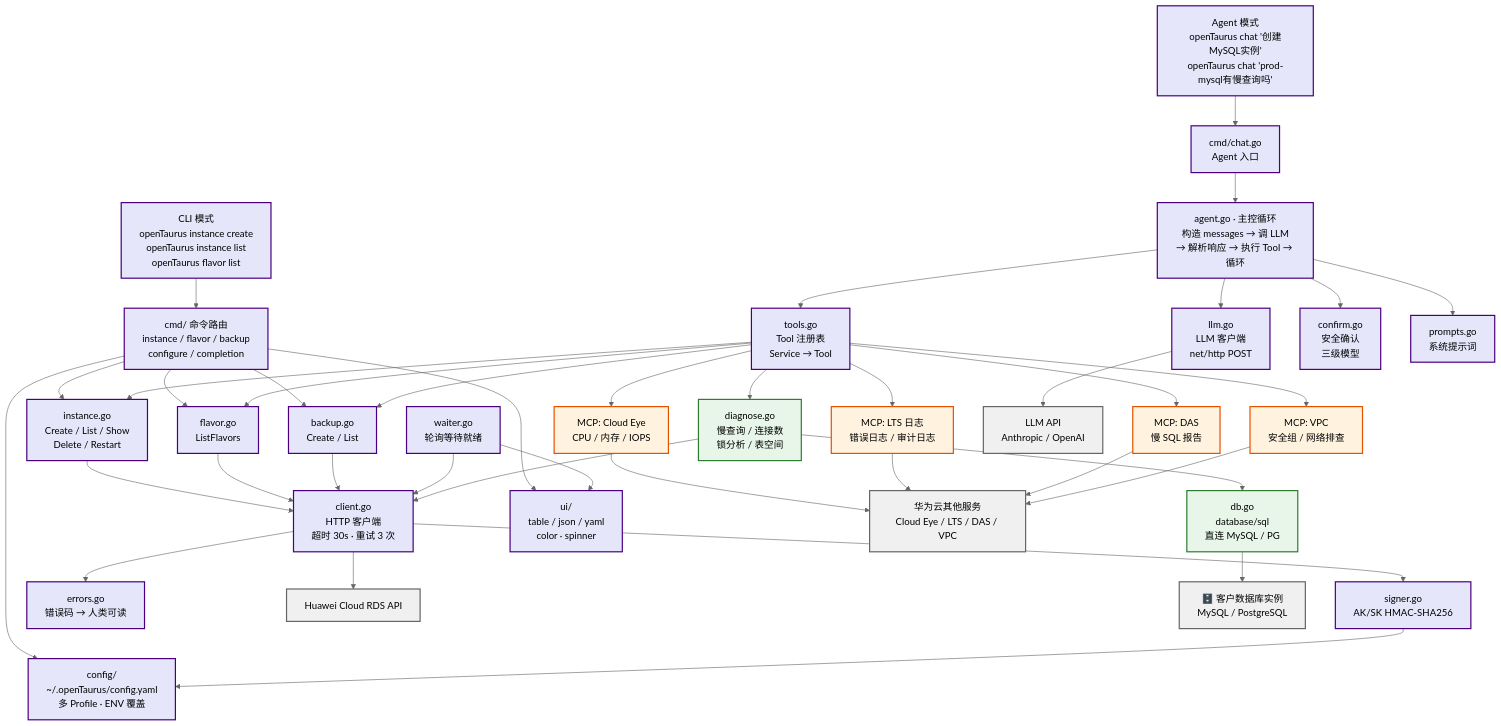
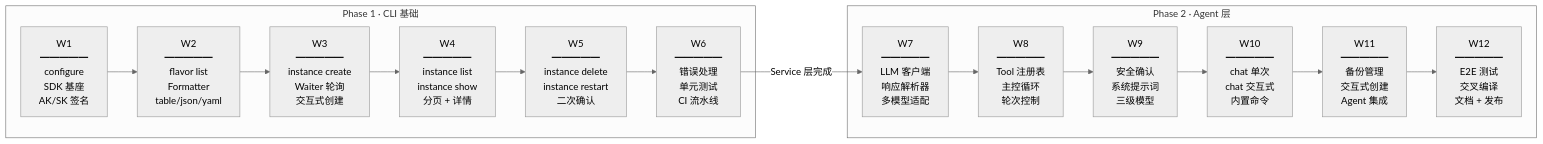
One commit to youweichen0208/blog changed the fifth of 7 diagrams in docs/projects/opentaurus/requirements.md. Above: the diagram before and after it, drawn with Mermaid (neutral theme). The commit also changed other lines of this file and 1 other file, not shown here.

Commit message:
update for openTaurus structure design

````diff
--- a/docs/projects/opentaurus/requirements.md
+++ b/docs/projects/opentaurus/requirements.md
@@ -376,115 +334,24 @@
 ```mermaid
-graph TD
-    %% ====== 用户入口 ======
-    CLI["CLI 模式<br/>openTaurus instance create<br/>openTaurus instance list<br/>openTaurus flavor list"]
-    CHAT["Agent 模式<br/>openTaurus chat '创建MySQL实例'<br/>openTaurus chat 'prod-mysql有慢查询吗'"]
+flowchart LR
+    subgraph P1["Phase 1 · CLI 基础"]
+        W1["W1<br/>━━━━━<br/>configure<br/>SDK 基座<br/>AK/SK 签名"]
+        W2["W2<br/>━━━━━<br/>flavor list<br/>Formatter<br/>table/json/yaml"]
+        W3["W3<br/>━━━━━<br/>instance create<br/>Waiter 轮询<br/>交互式创建"]
+        W4["W4<br/>━━━━━<br/>instance list<br/>instance show<br/>分页 + 详情"]
+        W5["W5<br/>━━━━━<br/>instance delete<br/>instance restart<br/>二次确认"]
+        W6["W6<br/>━━━━━<br/>错误处理<br/>单元测试<br/>CI 流水线"]
+    end
 
-    %% ====== 命令路由 ======
-    CMD_CLI["cmd/ 命令路由<br/>instance / flavor / backup<br/>configure / completion"]
-    CMD_CHAT["cmd/chat.go<br/>Agent 入口"]
+    subgraph P2["Phase 2 · Agent 层"]
+        W7["W7<br/>━━━━━<br/>LLM 客户端<br/>响应解析器<br/>多模型适配"]
+        W8["W8<br/>━━━━━<br/>Tool 注册表<br/>主控循环<br/>轮次控制"]
+        W9["W9<br/>━━━━━<br/>安全确认<br/>系统提示词<br/>三级模型"]
+        W10["W10<br/>━━━━━<br/>chat 单次<br/>chat 交互式<br/>内置命令"]
+        W11["W11<br/>━━━━━<br/>备份管理<br/>交互式创建<br/>Agent 集成"]
+        W12["W12<br/>━━━━━<br/>E2E 测试<br/>交叉编译<br/>文档 + 发布"]
+    end
 
-    %% ====== Agent 层 ======
-    AGENT_CORE["agent.go · 主控循环<br/>构造 messages → 调 LLM<br/>→ 解析响应 → 执行 Tool → 循环"]
-    A_LLM["llm.go<br/>LLM 客户端<br/>net/http POST"]
-    A_TOOLS["tools.go<br/>Tool 注册表<br/>Service → Tool"]
-    A_SAFE["confirm.go<br/>安全确认<br/>三级模型"]
-    A_PROMPT["prompts.go<br/>系统提示词"]
-
-    %% ====== Service 层 ======
-    SVC_INST["instance.go<br/>Create / List / Show<br/>Delete / Restart"]
-    SVC_FLAVOR["flavor.go<br/>ListFlavors"]
-    SVC_BACKUP["backup.go<br/>Create / List"]
-    SVC_WAITER["waiter.go<br/>轮询等待就绪"]
-    SVC_DIAG["diagnose.go<br/>慢查询 / 连接数<br/>锁分析 / 表空间"]
-
-    %% ====== SDK 层 ======
-    SDK_CLIENT["client.go<br/>HTTP 客户端<br/>超时 30s · 重试 3 次"]
-    SDK_SIGN["signer.go<br/>AK/SK HMAC-SHA256"]
-    SDK_ERR["errors.go<br/>错误码 → 人类可读"]
-    SDK_DB["db.go<br/>database/sql<br/>直连 MySQL / PG"]
-
-    %% ====== MCP 层 ======
-    MCP_MONITOR["MCP: Cloud Eye<br/>CPU / 内存 / IOPS"]
-    MCP_LOG["MCP: LTS 日志<br/>错误日志 / 审计日志"]
-    MCP_DAS["MCP: DAS<br/>慢 SQL 报告"]
-    MCP_VPC["MCP: VPC<br/>安全组 / 网络排查"]
-
-    %% ====== 横向支撑 ======
-    CFG["config/<br/>~/.openTaurus/config.yaml<br/>多 Profile · ENV 覆盖"]
-    UI["ui/<br/>table / json / yaml<br/>color · spinner"]
-
-    %% ====== 外部系统 ======
-    LLM["LLM API<br/>Anthropic / OpenAI"]
-    CLOUD["Huawei Cloud RDS API"]
-    DB["🗄️ 客户数据库实例<br/>MySQL / PostgreSQL"]
-    CLOUD_OTHER["华为云其他服务<br/>Cloud Eye / LTS / DAS / VPC"]
-
-    %% ====== 连线：用户 → 命令 ======
-    CLI --> CMD_CLI
-    CHAT --> CMD_CHAT
-
-    %% ====== 连线：命令 → 下层 ======
-    CMD_CLI --> SVC_INST
-    CMD_CLI --> SVC_FLAVOR
-    CMD_CLI --> SVC_BACKUP
-    CMD_CLI --> UI
-    CMD_CLI --> CFG
-    CMD_CHAT --> AGENT_CORE
-
-    %% ====== 连线：Agent 内部 ======
-    AGENT_CORE --> A_LLM
-    AGENT_CORE --> A_TOOLS
-    AGENT_CORE --> A_SAFE
-    AGENT_CORE --> A_PROMPT
-    A_LLM --> LLM
-
-    %% ====== 连线：Agent → Service（内置 Tool）======
-    A_TOOLS --> SVC_INST
-    A_TOOLS --> SVC_FLAVOR
-    A_TOOLS --> SVC_BACKUP
-    A_TOOLS --> SVC_DIAG
-
-    %% ====== 连线：Agent → MCP（外部数据源）======
-    A_TOOLS --> MCP_MONITOR
-    A_TOOLS --> MCP_LOG
-    A_TOOLS --> MCP_DAS
-    A_TOOLS --> MCP_VPC
-
-    %% ====== 连线：Service → SDK ======
-    SVC_INST --> SDK_CLIENT
-    SVC_FLAVOR --> SDK_CLIENT
-    SVC_BACKUP --> SDK_CLIENT
-    SVC_WAITER --> SDK_CLIENT
-    SVC_WAITER --> UI
-    SVC_DIAG --> SDK_DB
-    SVC_DIAG --> SDK_CLIENT
-
-    %% ====== 连线：SDK → 外部 ======
-    SDK_CLIENT --> SDK_SIGN
-    SDK_CLIENT --> SDK_ERR
-    SDK_SIGN --> CFG
-    SDK_CLIENT --> CLOUD
-    SDK_DB --> DB
-
-    %% ====== 连线：MCP → 外部 ======
-    MCP_MONITOR --> CLOUD_OTHER
-    MCP_LOG --> CLOUD_OTHER
-    MCP_DAS --> CLOUD_OTHER
-    MCP_VPC --> CLOUD_OTHER
-
-    %% ====== 样式 ======
-    classDef nodeStyle fill:#E6E6FA,stroke:#4B0082,stroke-width:2px,color:#000
-    classDef diagStyle fill:#E8F5E9,stroke:#2E7D32,stroke-width:2px,color:#000
-    classDef mcpStyle fill:#FFF3E0,stroke:#E65100,stroke-width:2px,color:#000
-    classDef externalStyle fill:#F0F0F0,stroke:#666,stroke-width:2px,color:#000
-
-    class CLI,CHAT nodeStyle
-    class CMD_CLI,CMD_CHAT nodeStyle
-    class AGENT_CORE,A_LLM,A_TOOLS,A_SAFE,A_PROMPT nodeStyle
-    class SVC_INST,SVC_FLAVOR,SVC_BACKUP,SVC_WAITER nodeStyle
-    class SDK_CLIENT,SDK_SIGN,SDK_ERR nodeStyle
-    class CFG,UI nodeStyle
-    class SVC_DIAG,SDK_DB diagStyle
-    class MCP_MONITOR,MCP_LOG,MCP_DAS,MCP_VPC mcpStyle
-    class CLOUD,LLM,DB,CLOUD_OTHER externalStyle
+    W1 --> W2 --> W3 --> W4 --> W5 --> W6
+    W6 -->|"Service 层完成"| W7
+    W7 --> W8 --> W9 --> W10 --> W11 --> W12
 ```
````
